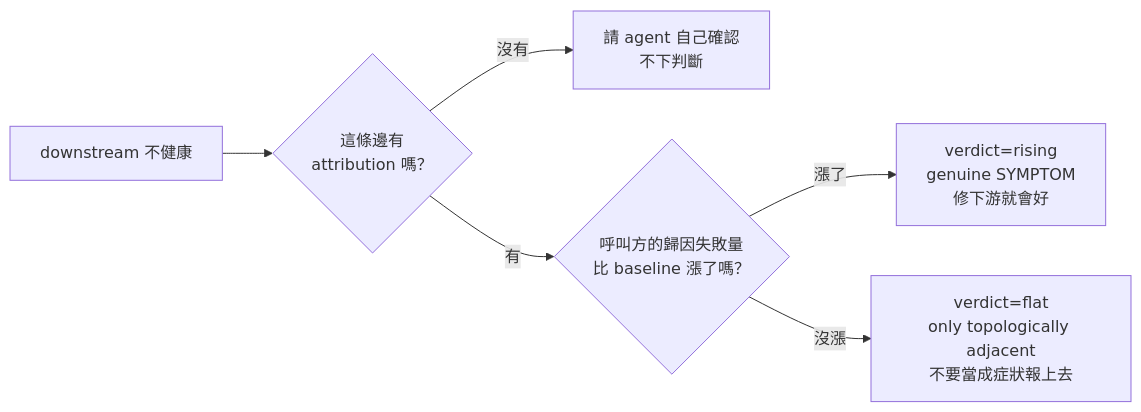
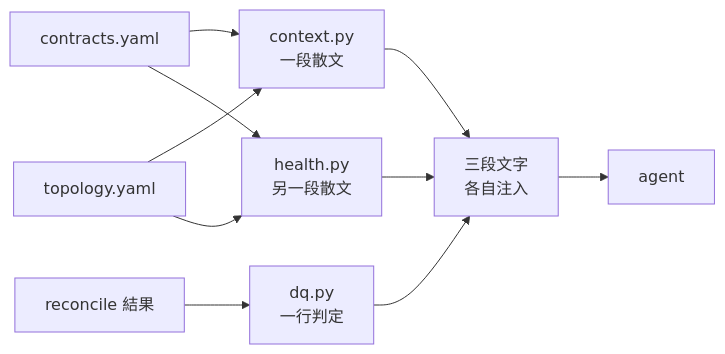
One commit to tedmax100/o11y-bench changed the second of 2 diagrams in weaver-demo/ironman-2026/day17.md. Above: the diagram before and after it, drawn with Mermaid. The commit also changed other lines of this file and 81 other files, not shown here.

````diff
--- a/weaver-demo/ironman-2026/day17.md
+++ b/weaver-demo/ironman-2026/day17.md
@@ -189,8 +214,12 @@
 ```mermaid
 flowchart LR
-    S["downstream 不健康"] --> Q{"這條邊有<br/>attribution 嗎？"}
-    Q -->|沒有| C["請 agent 自己確認<br/>不下判斷"]
-    Q -->|有| D{"呼叫方的歸因失敗量<br/>比 baseline 漲了嗎？"}
-    D -->|漲了| E["verdict=rising<br/>genuine SYMPTOM<br/>修下游就會好"]
-    D -->|沒漲| F["verdict=flat<br/>only topologically adjacent<br/>不要當成症狀報上去"]
+    A["contracts.yaml"] --> C1["context.py<br/>一段散文"]
+    B["topology.yaml"] --> C1
+    B --> C2["health.py<br/>另一段散文"]
+    A --> C2
+    D["reconcile 結果"] --> C3["dq.py<br/>一行判定"]
+    C1 --> X["三段文字<br/>各自注入"]
+    C2 --> X
+    C3 --> X
+    X --> LLM["agent"]
 ```
````
